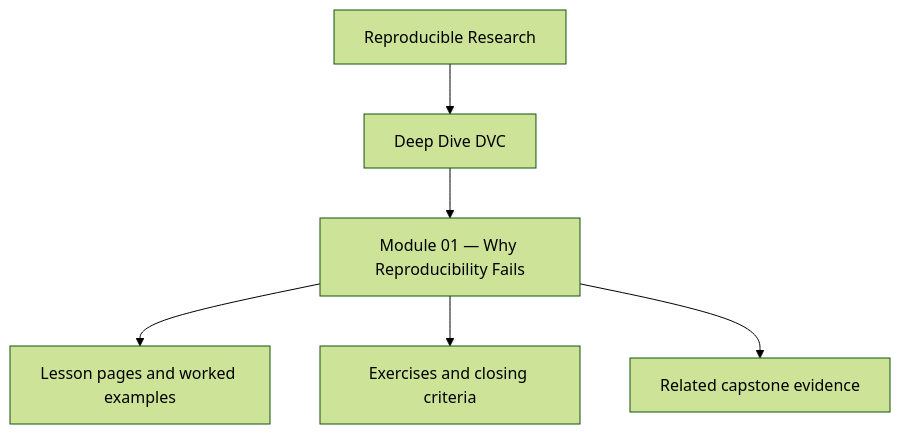
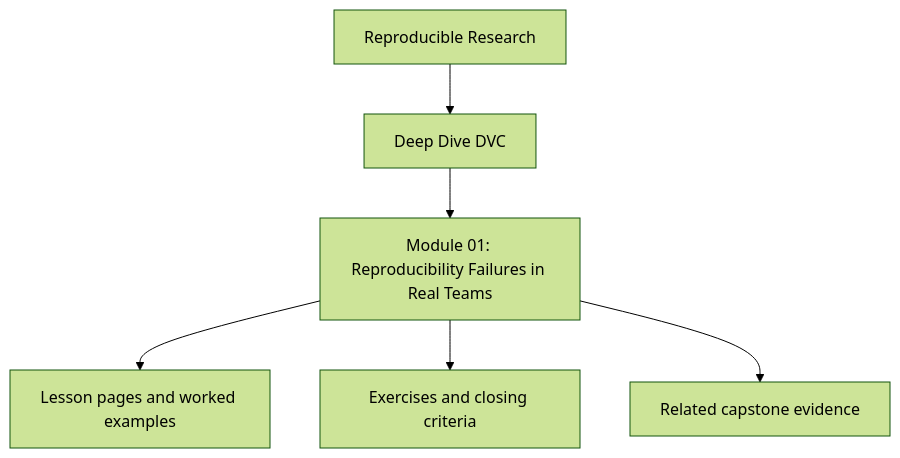
The first of 3 diagrams in programs/reproducible-research/deep-dive-dvc/course-book/module-01-why-reproducibility-fails/index.md (bijux/bijux-masterclass), drawn with Mermaid (forest theme) before and after one commit. The commit also changed other lines of this file and 241 other files, not shown here.

````diff
--- a/programs/reproducible-research/deep-dive-dvc/course-book/module-01-why-reproducibility-fails/index.md
+++ b/programs/reproducible-research/deep-dive-dvc/course-book/module-01-why-reproducibility-fails/index.md
@@ -7,8 +7,8 @@
 ```mermaid
 flowchart TD
   family["Reproducible Research"] --> program["Deep Dive DVC"]
-  program --> module["Module 01 — Why Reproducibility Fails"]
+  program --> module["Module 01: Reproducibility Failures in Real Teams"]
   module --> lessons["Lesson pages and worked examples"]
   module --> checkpoints["Exercises and closing criteria"]
   module --> capstone["Related capstone evidence"]
 ```
````
